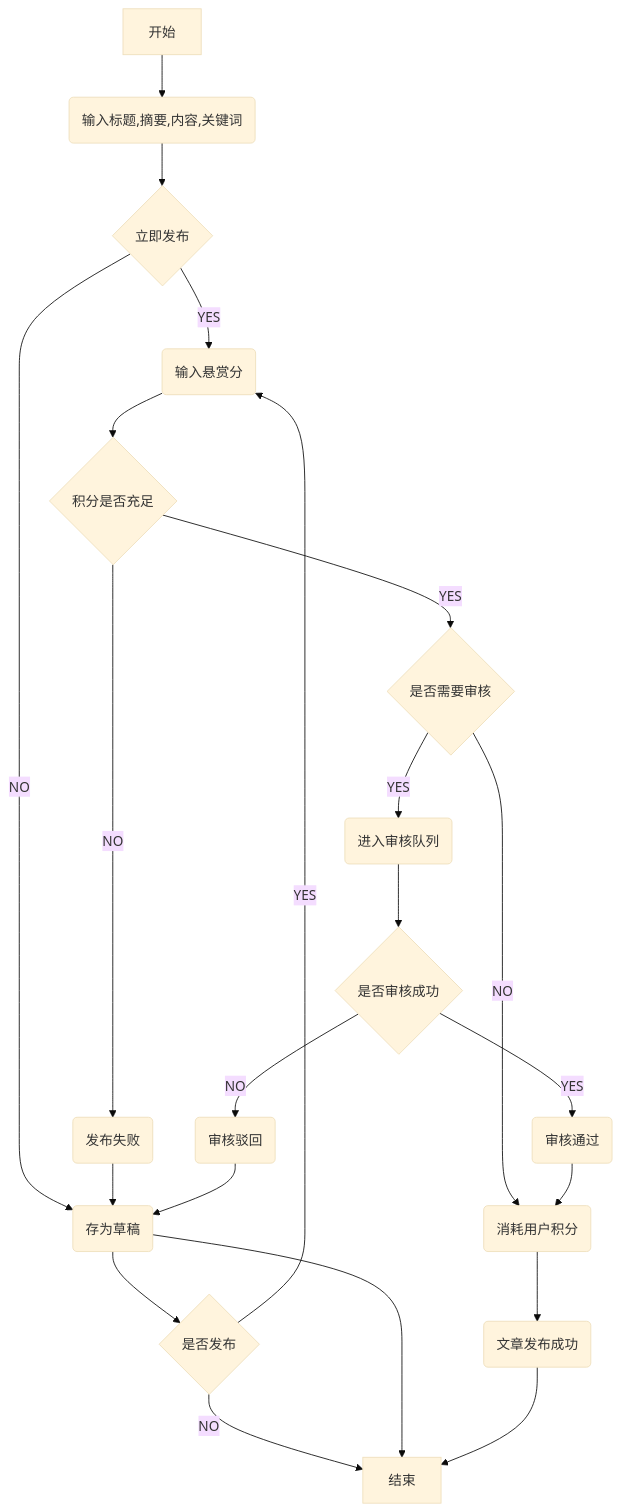
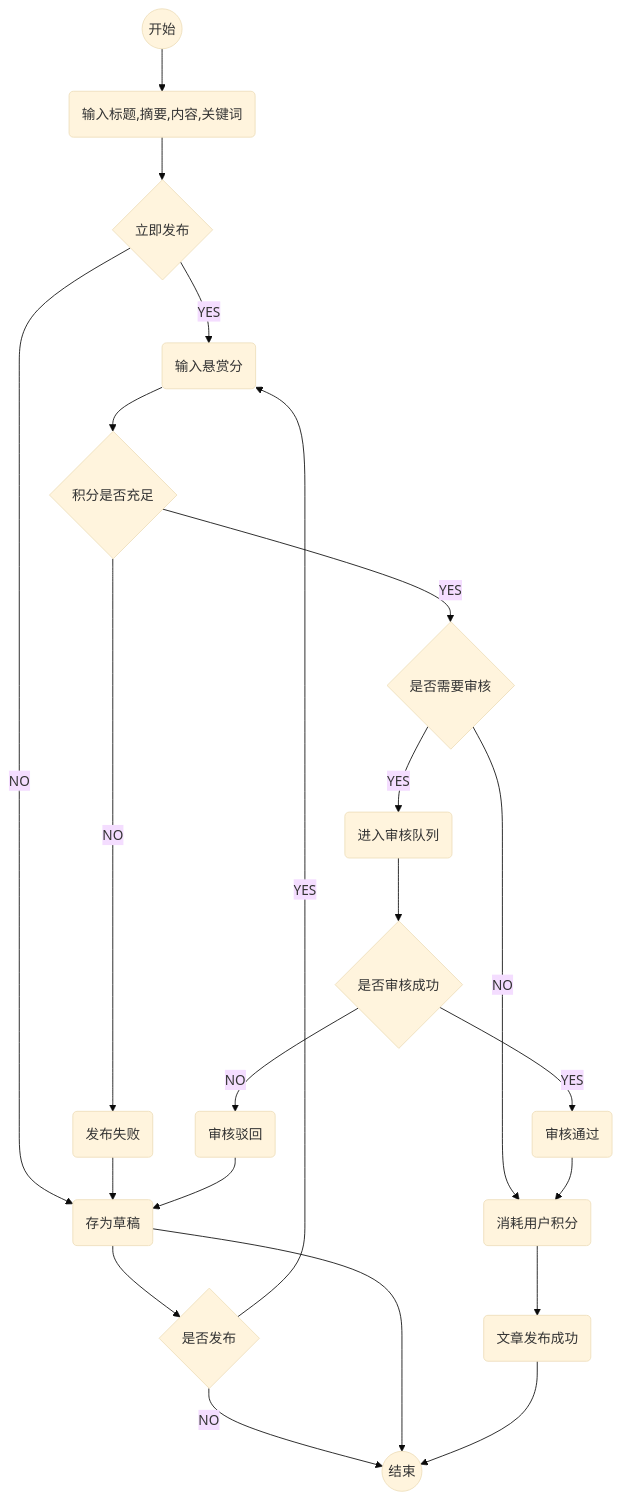
The diagram in EDoc2.FAQ.Core.Domain/Articles/帖子发布流程.md (raj-js/BBS), drawn with Mermaid (base theme) before and after one commit. The commit also changed 96 other files, not shown here.

````diff
--- a/EDoc2.FAQ.Core.Domain/Articles/帖子发布流程.md
+++ b/EDoc2.FAQ.Core.Domain/Articles/帖子发布流程.md
@@ -3,28 +3,28 @@
 ```mermaid
 graph TB
-   start[开始] --> inputBaseInfo(输入标题,摘要,内容,关键词)
+   start((开始)) --> inputBaseInfo(输入标题,摘要,内容,关键词)
    inputBaseInfo --> releaseImmediately{立即发布}
    releaseImmediately -- YES --> inputRewardScore(输入悬赏分)
    inputRewardScore --> hasEnoughScore{积分是否充足}
    releaseImmediately -- NO --> saveAsDraft(存为草稿)
    saveAsDraft --> release{是否发布}
    release -- YES --> inputRewardScore
-   release -- NO --> stop[结束]
+   release -- NO --> stop((结束))
    saveAsDraft --> stop
 
    hasEnoughScore -- NO --> releaseFailed(发布失败)
    releaseFailed --> saveAsDraft
 
    hasEnoughScore -- YES --> needAuditing{是否需要审核}
    needAuditing -- NO --> changeUserScore
    released --> stop
 
    needAuditing -- YES --> enqueueAuditing(进入审核队列)
    enqueueAuditing --> auditing{是否审核成功}
    auditing -- YES --> passed(审核通过)
    passed --> changeUserScore(消耗用户积分)
    changeUserScore --> released(文章发布成功)
 
    auditing -- NO --> rejected(审核驳回)
    rejected --> saveAsDraft
 ```
````
